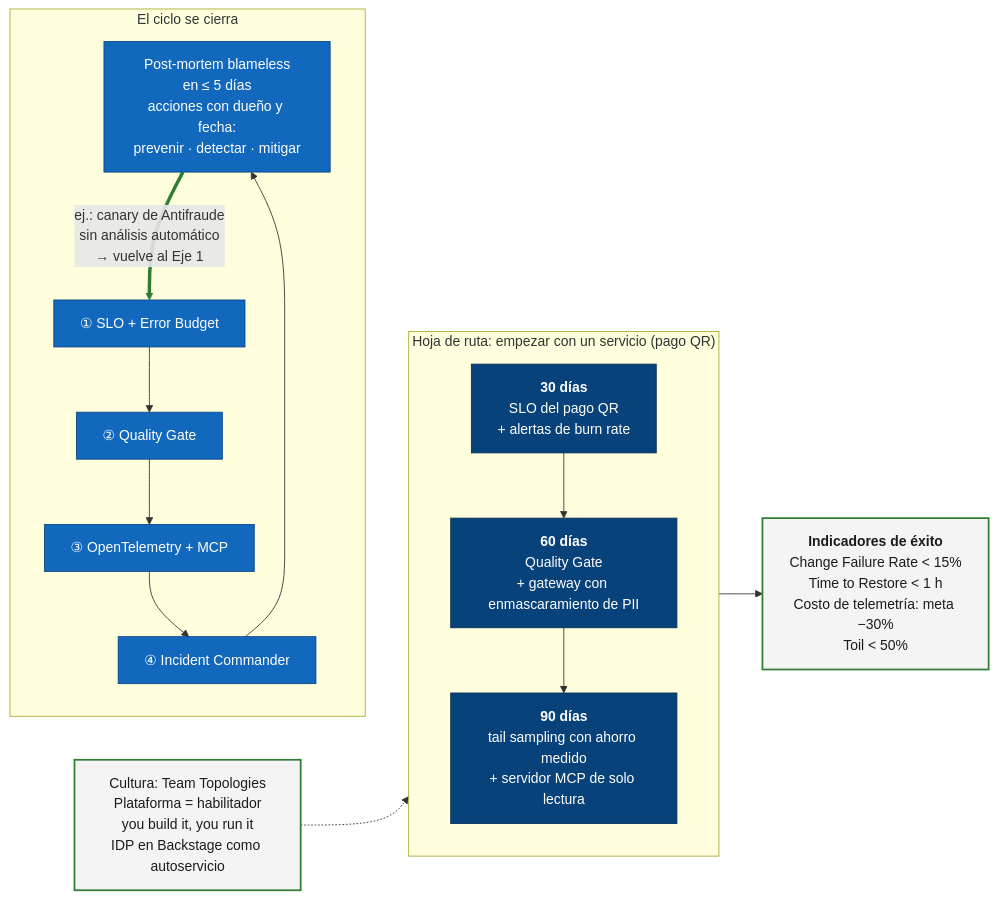
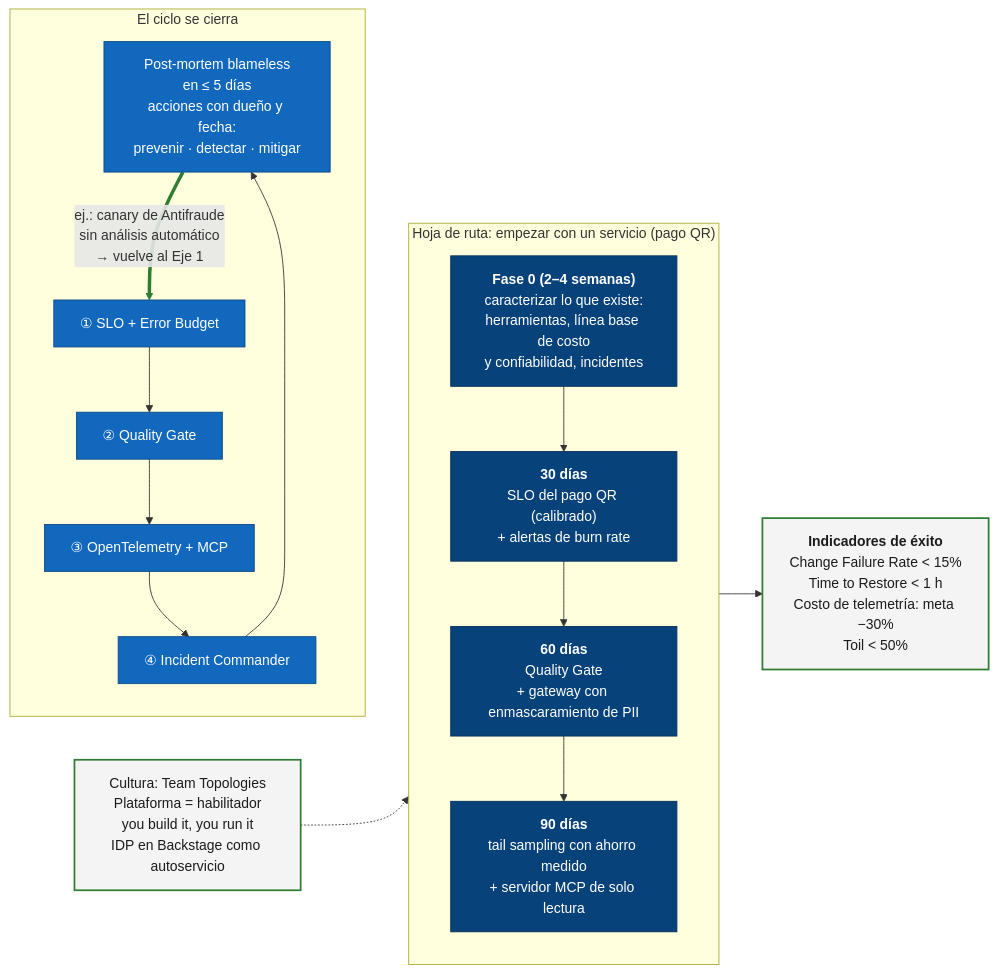
One commit to locosebas/necesidadesYGrafos changed diagram 12 of 12 in devops-senior/temas/25-davivienda-sre-observabilidad/presentacion-libreto.md. Above: the diagram before and after it, drawn with Mermaid. The commit also changed other lines of this file and 2 other files, not shown here.

Commit message:
D27: agregar Fase 0 de caracterización de lo existente a la hoja de ruta

````diff
--- a/devops-senior/temas/25-davivienda-sre-observabilidad/presentacion-libreto.md
+++ b/devops-senior/temas/25-davivienda-sre-observabilidad/presentacion-libreto.md
@@ -791,37 +793,38 @@
 ```mermaid
 flowchart LR
     subgraph ciclo["El ciclo se cierra"]
         direction TB
         pm["Post-mortem blameless<br/>en ≤ 5 días<br/>acciones con dueño y fecha:<br/>prevenir · detectar · mitigar"]
         slo["① SLO + Error Budget"]
         gate["② Quality Gate"]
         otel["③ OpenTelemetry + MCP"]
         ic["④ Incident Commander"]
         slo --> gate --> otel --> ic --> pm
         pm == "ej.: canary de Antifraude<br/>sin análisis automático<br/>→ vuelve al Eje 1" ==> slo
     end
 
     subgraph ruta["Hoja de ruta: empezar con un servicio (pago QR)"]
         direction TB
-        d30["<b>30 días</b><br/>SLO del pago QR<br/>+ alertas de burn rate"]
+        d0["<b>Fase 0 (2–4 semanas)</b><br/>caracterizar lo que existe:<br/>herramientas, línea base de costo<br/>y confiabilidad, incidentes"]
+        d30["<b>30 días</b><br/>SLO del pago QR (calibrado)<br/>+ alertas de burn rate"]
         d60["<b>60 días</b><br/>Quality Gate<br/>+ gateway con enmascaramiento de PII"]
         d90["<b>90 días</b><br/>tail sampling con ahorro medido<br/>+ servidor MCP de solo lectura"]
-        d30 --> d60 --> d90
+        d0 --> d30 --> d60 --> d90
     end
 
     kpi["<b>Indicadores de éxito</b><br/>Change Failure Rate < 15%<br/>Time to Restore < 1 h<br/>Costo de telemetría: meta −30%<br/>Toil < 50%"]
 
     cultura["Cultura: Team Topologies<br/>Plataforma = habilitador<br/>you build it, you run it<br/>IDP en Backstage como autoservicio"]
 
     ciclo ~~~ ruta
     d90 --> kpi
     cultura -.-> ruta
 
     classDef eje fill:#1168bd,stroke:#0b4884,color:#ffffff
     classDef hito fill:#08427b,stroke:#052e56,color:#ffffff
     classDef meta fill:#f4f4f4,stroke:#2e7d32,color:#1b1b1b,stroke-width:2px
     class slo,gate,otel,ic,pm eje
-    class d30,d60,d90 hito
+    class d0,d30,d60,d90 hito
     class kpi,cultura meta
     linkStyle 4 stroke:#2e7d32,stroke-width:4px
 ```
````
